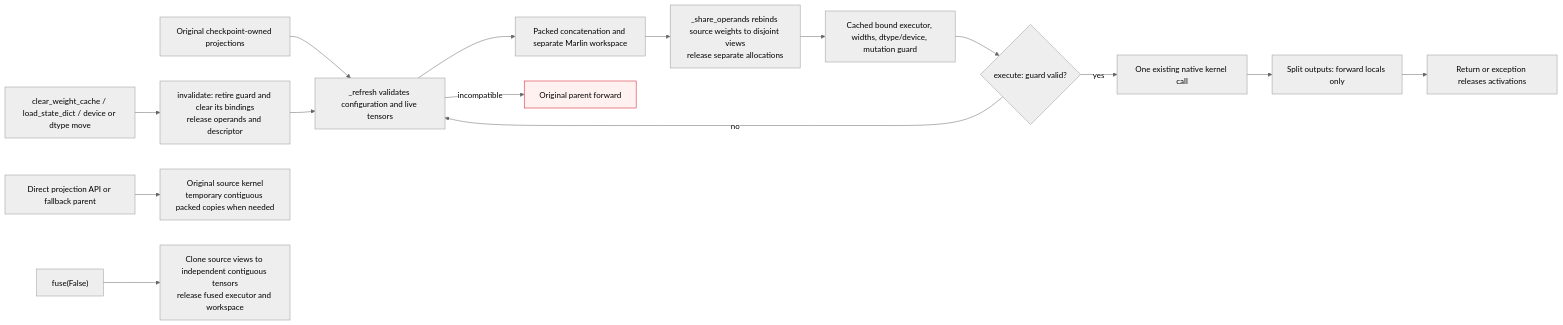
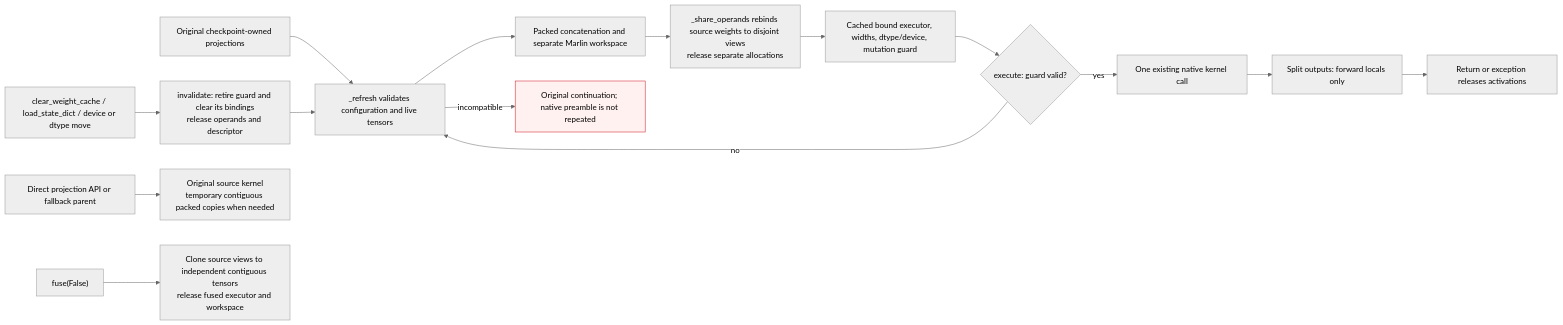
The sixth of 7 diagrams in docs/fusion-planner.md (ModelCloud/GPTQModel), drawn with Mermaid (neutral theme) before and after one commit. The commit also changed other lines of this file and 93 other files, not shown here.

````diff
--- a/docs/fusion-planner.md
+++ b/docs/fusion-planner.md
@@ -314,17 +406,17 @@
 ```mermaid
 flowchart LR
     SOURCE["Original checkpoint-owned projections"] --> REFRESH["_refresh validates configuration and live tensors"]
     REFRESH --> BUILD["Packed concatenation and separate Marlin workspace"] --> VIEWS["_share_operands rebinds source weights to disjoint views<br/>release separate allocations"]
     VIEWS --> DESCRIPTOR["Cached bound executor, widths, dtype/device, mutation guard"]
     DESCRIPTOR --> VALID{"execute: guard valid?"}
     VALID -->|"yes"| USE["One existing native kernel call"]
     VALID -->|"no"| REFRESH
-    REFRESH -->|"incompatible"| FALLBACK["Original parent forward"]
+    REFRESH -->|"incompatible"| FALLBACK["Original continuation; native preamble is not repeated"]
     USE --> OUT["Split outputs: forward locals only"]
     OUT --> RELEASE["Return or exception releases activations"]
     MUTATE["clear_weight_cache / load_state_dict / device or dtype move"] --> INVALID["invalidate: retire guard and clear its bindings<br/>release operands and descriptor"]
     INVALID --> REFRESH
     DIRECT["Direct projection API or fallback parent"] --> LEAF["Original source kernel<br/>temporary contiguous packed copies when needed"]
     OFF["fuse(False)"] --> RESTORE["Clone source views to independent contiguous tensors<br/>release fused executor and workspace"]
     style FALLBACK fill:#fff1f0,stroke:#cf1322
 ```
````
